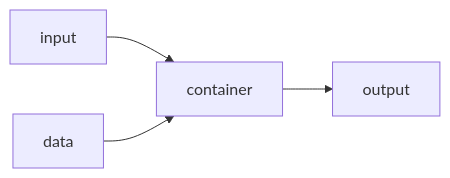
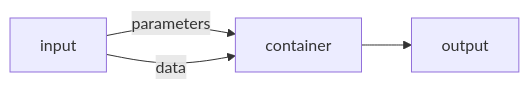
The diagram in docs/README.md (VForWaTer/tool-specs), drawn with Mermaid before and after one commit. The commit also changed other lines of this file, not shown here.

````diff
--- a/docs/README.md
+++ b/docs/README.md
@@ -12,6 +12,5 @@
 ```mermaid
 flowchart LR
-    input --> container --> output
-    data --> container
-
+    input -- parameters --> container --> output
+    input -- data --> container
 ```
````
